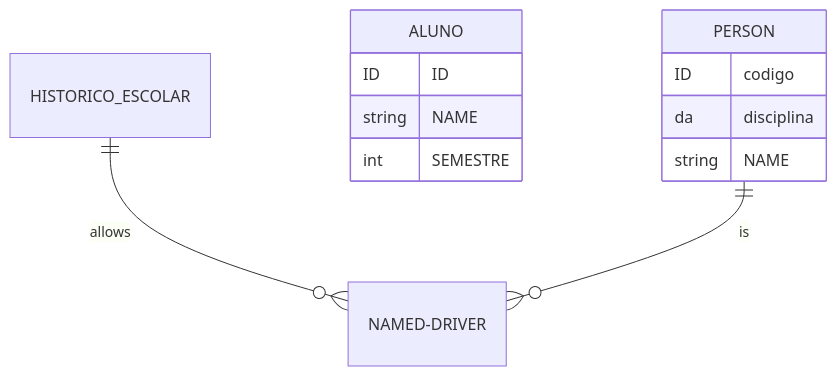
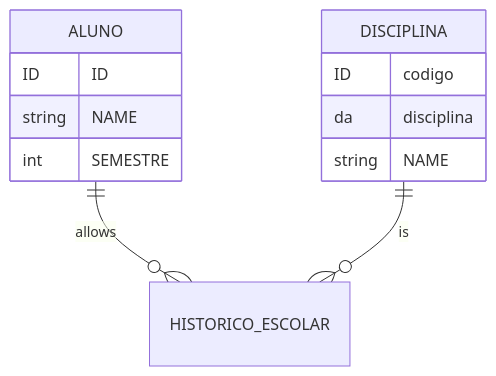
The diagram in README.md (NeonBrasil/BancoDeDados), drawn with Mermaid before and after one commit.

````diff
--- a/README.md
+++ b/README.md
@@ -6,14 +6,14 @@
 ``` mermaid
 erDiagram
-    HISTORICO_ESCOLAR ||--o{ NAMED-DRIVER : allows
+    ALUNO ||--o{ HISTORICO_ESCOLAR : allows
     ALUNO {
         ID ID
         string NAME
         int SEMESTRE
     }
-    PERSON ||--o{ NAMED-DRIVER : is
-    PERSON {
+    DISCIPLINA ||--o{ HISTORICO_ESCOLAR : is
+    DISCIPLINA {
         ID codigo da disciplina
         string NAME
     }
 ```
````
